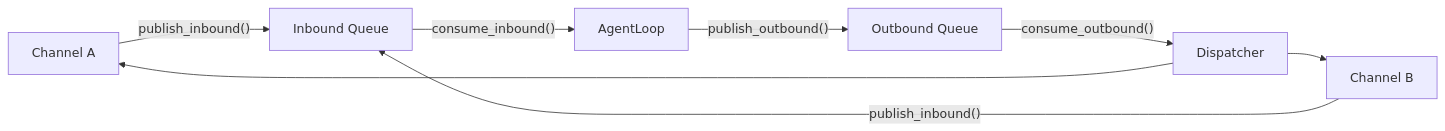
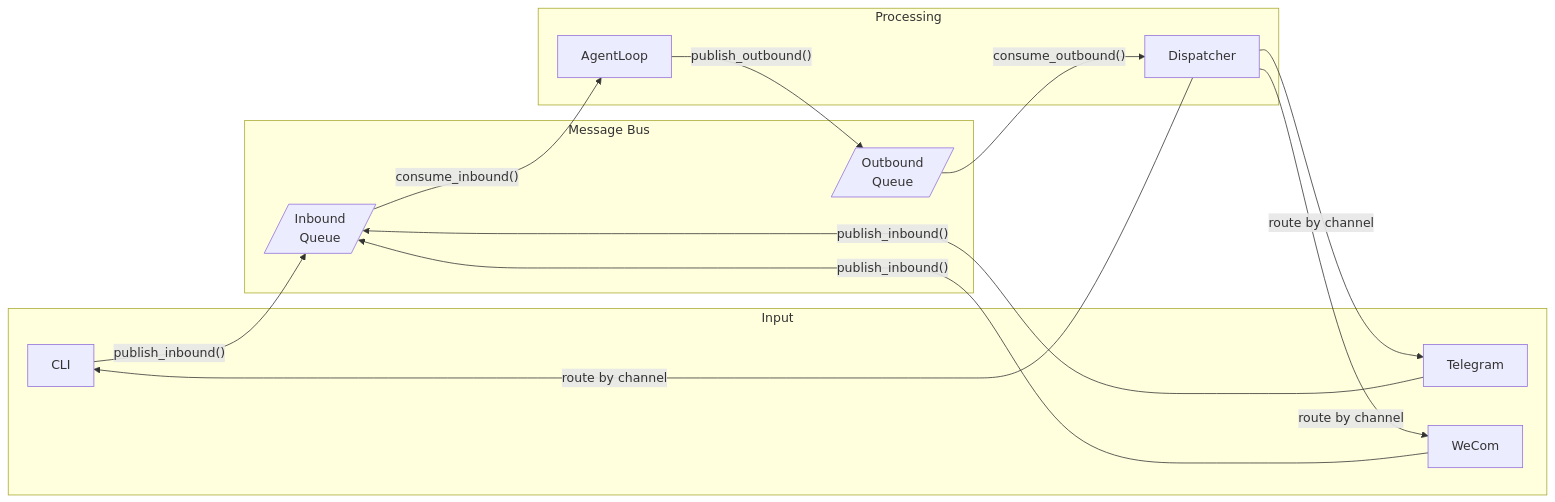
The second of 9 diagrams in README.md (Leviathanlzx/SimpleClaw), drawn with Mermaid before and after one commit. The commit also changed other lines of this file, not shown here.

````diff
--- a/README.md
+++ b/README.md
@@ -185,10 +180,24 @@
 ```mermaid
-graph LR
-    C1["Channel A"] -->|"publish_inbound()"| IQ["Inbound Queue"]
-    C2["Channel B"] -->|"publish_inbound()"| IQ
-    IQ -->|"consume_inbound()"| A["AgentLoop"]
-    A -->|"publish_outbound()"| OQ["Outbound Queue"]
-    OQ -->|"consume_outbound()"| D["Dispatcher"]
-    D --> C1
-    D --> C2
+flowchart LR
+    subgraph Producers ["Input"]
+        CLI["CLI"]
+        TG["Telegram"]
+        WC["WeCom"]
+    end
+
+    subgraph Bus ["Message Bus"]
+        IQ[/"Inbound\nQueue"/]
+        OQ[/"Outbound\nQueue"/]
+    end
+
+    subgraph Consumer ["Processing"]
+        AL["AgentLoop"]
+        DP["Dispatcher"]
+    end
+
+    CLI & TG & WC -- "publish_inbound()" --> IQ
+    IQ -- "consume_inbound()" --> AL
+    AL -- "publish_outbound()" --> OQ
+    OQ -- "consume_outbound()" --> DP
+    DP -- "route by channel" --> CLI & TG & WC
 ```
````
